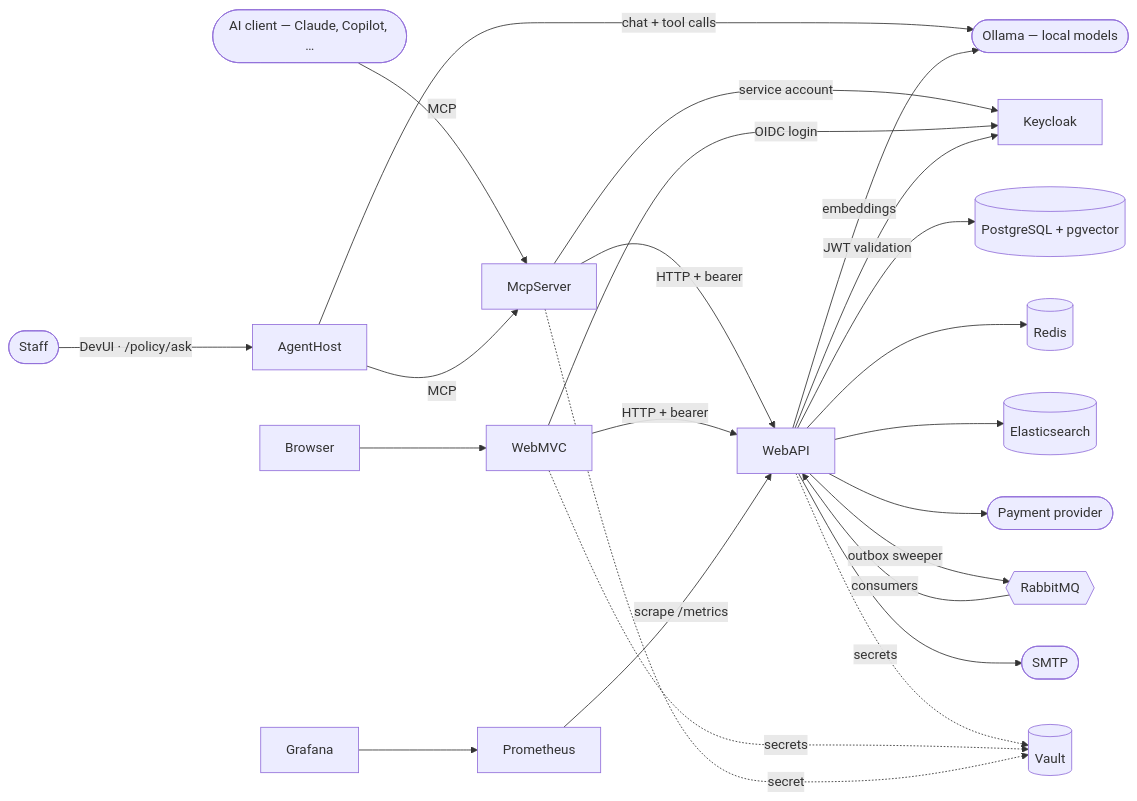
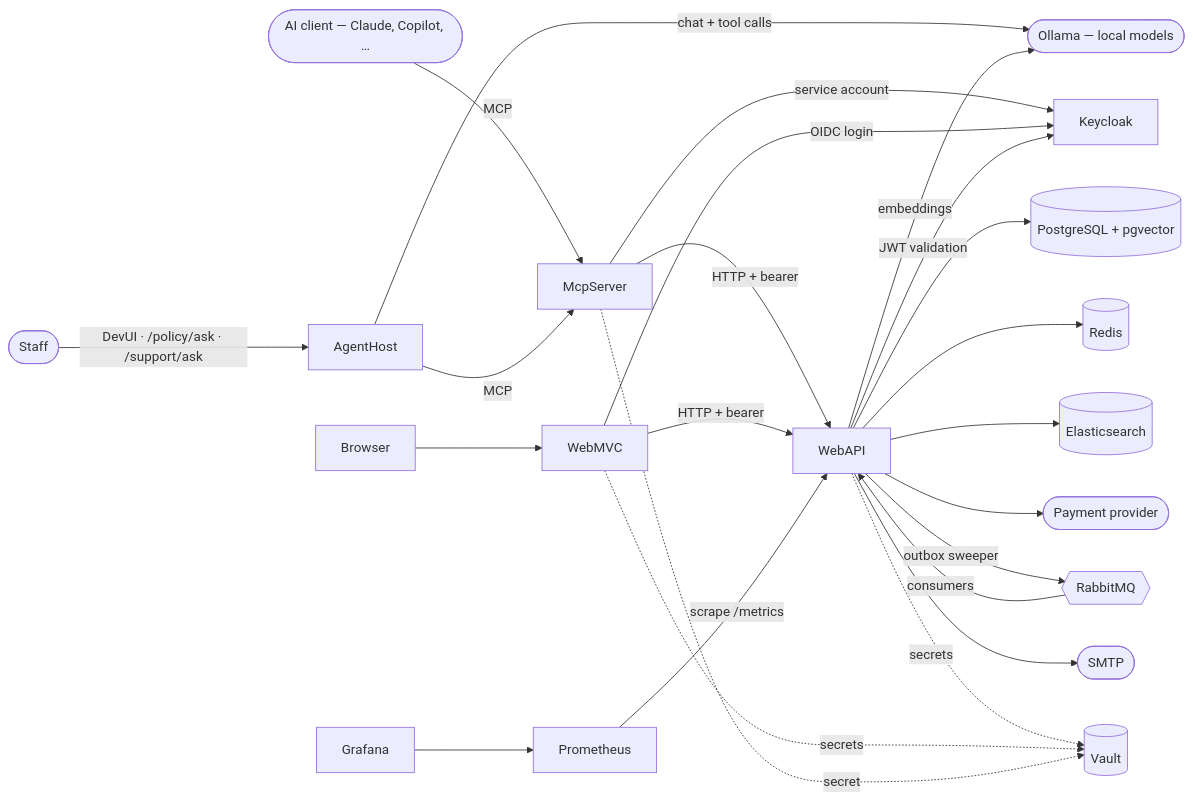
The first of 2 diagrams in README.md (furkanpasaoglu/StadiaPass), drawn with Mermaid before and after one commit. The commit also changed other lines of this file and 1 other file, not shown here.

Commit message:
docs: cover the support desk, query splitting and reranking in both readmes

````diff
--- a/README.md
+++ b/README.md
@@ -119,26 +121,26 @@
 ```mermaid
 flowchart LR
   Browser --> WebMVC
   AI([AI client — Claude, Copilot, …]) -->|MCP| McpServer
-  Staff([Staff]) -->|DevUI · /policy/ask| AgentHost
+  Staff([Staff]) -->|DevUI · /policy/ask · /support/ask| AgentHost
   AgentHost -->|MCP| McpServer
   AgentHost -->|chat + tool calls| Ollama([Ollama — local models])
   WebAPI -->|embeddings| Ollama
   McpServer -->|HTTP + bearer| WebAPI
   McpServer -->|service account| Keycloak
   WebMVC -->|HTTP + bearer| WebAPI
   WebMVC -->|OIDC login| Keycloak
   WebAPI -->|JWT validation| Keycloak
   WebAPI --> Postgres[(PostgreSQL + pgvector)]
   WebAPI --> Redis[(Redis)]
   WebAPI --> Elastic[(Elasticsearch)]
   WebAPI --> Stripe([Payment provider])
   WebAPI -->|outbox sweeper| Rabbit{{RabbitMQ}}
   Rabbit -->|consumers| WebAPI
   WebAPI --> SMTP([SMTP])
   WebAPI -.secrets.-> Vault[(Vault)]
   WebMVC -.secrets.-> Vault
   McpServer -.secret.-> Vault
   Prometheus -->|scrape /metrics| WebAPI
   Grafana --> Prometheus
 ```
````
